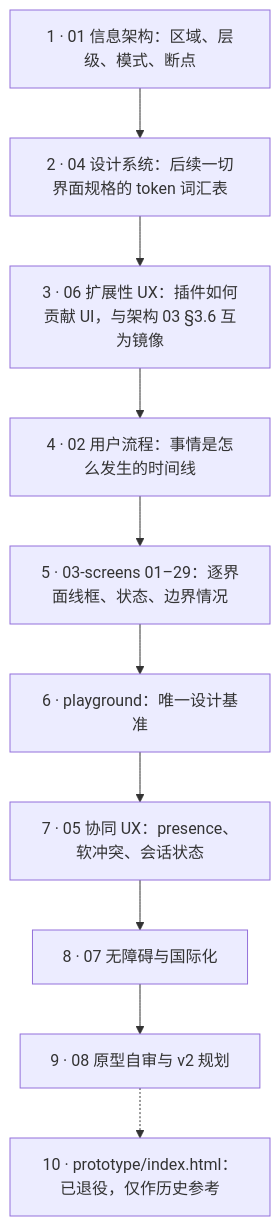
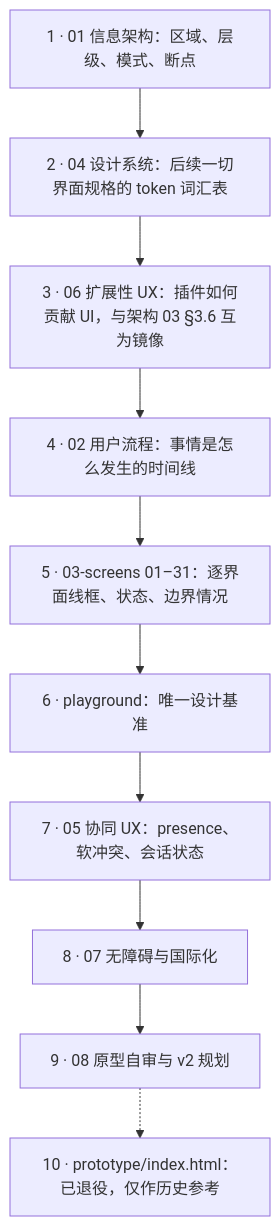
The diagram in docs/20-design/README.md (Xeonice/cordis-ppt-editor), drawn with Mermaid before and after one commit. The commit also changed other lines of this file and 42 other files, not shown here.

First line of the commit message:
docs(design): 表格与图表编辑、占位符图标条、日期格式选择器样张与设计稿

````diff
--- a/docs/20-design/README.md
+++ b/docs/20-design/README.md
@@ -65,15 +65,15 @@
 ```mermaid
 flowchart TB
   r1["1 · 01 信息架构：区域、层级、模式、断点"]
   r2["2 · 04 设计系统：后续一切界面规格的 token 词汇表"]
   r3["3 · 06 扩展性 UX：插件如何贡献 UI，与架构 03 §3.6 互为镜像"]
   r4["4 · 02 用户流程：事情是怎么发生的时间线"]
-  r5["5 · 03-screens 01–29：逐界面线框、状态、边界情况"]
+  r5["5 · 03-screens 01–31：逐界面线框、状态、边界情况"]
   r6["6 · playground：唯一设计基准"]
   r7["7 · 05 协同 UX：presence、软冲突、会话状态"]
   r8["8 · 07 无障碍与国际化"]
   r9["9 · 08 原型自审与 v2 规划"]
   r10["10 · prototype/index.html：已退役，仅作历史参考"]
   r1 --> r2 --> r3 --> r4 --> r5 --> r6 --> r7 --> r8 --> r9
   r9 -.-> r10
 ```
````
